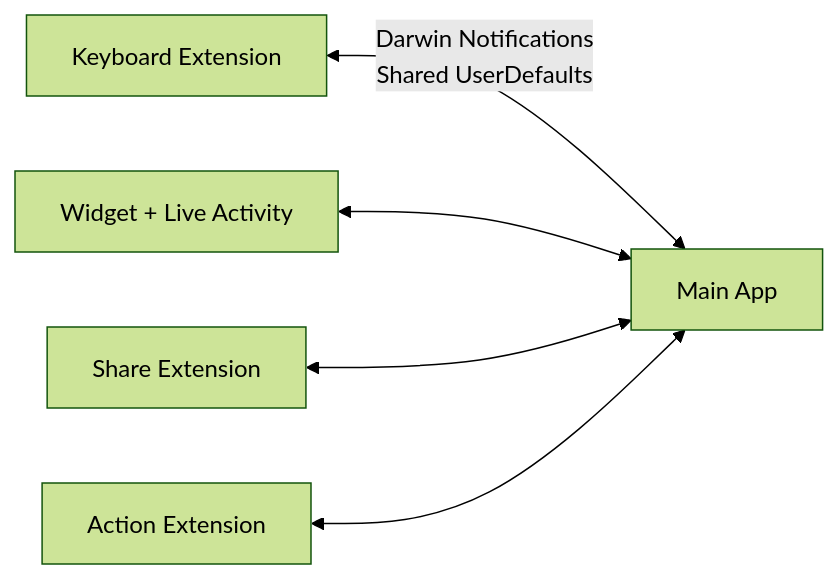
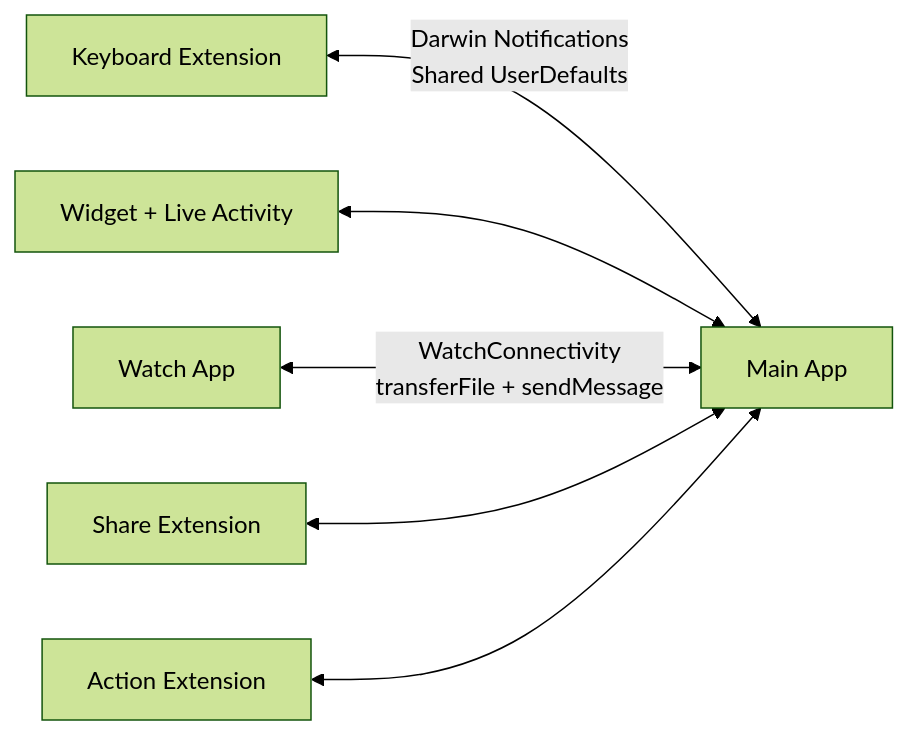
The second of 3 diagrams in README.md (n0an/VivaDicta), drawn with Mermaid (forest theme) before and after one commit. The commit also changed other lines of this file and 2 other files, not shown here.

First line of the commit message:
Add watchOS documentation and update README

````diff
--- a/README.md
+++ b/README.md
@@ -127,7 +136,8 @@
 ```mermaid
 graph LR
     K[Keyboard Extension] <-->|Darwin Notifications<br/>Shared UserDefaults| M[Main App]
     W[Widget + Live Activity] <--> M
+    WA[Watch App] <-->|WatchConnectivity<br/>transferFile + sendMessage| M
     SE[Share Extension] <--> M
     AE[Action Extension] <--> M
 ```
````
